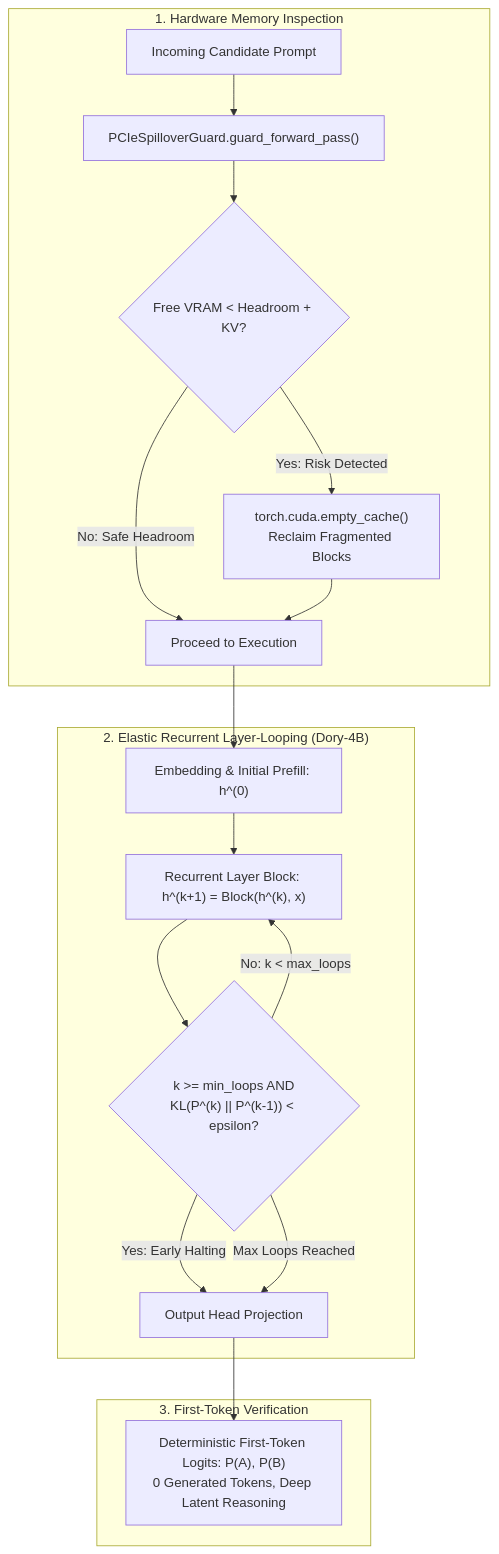
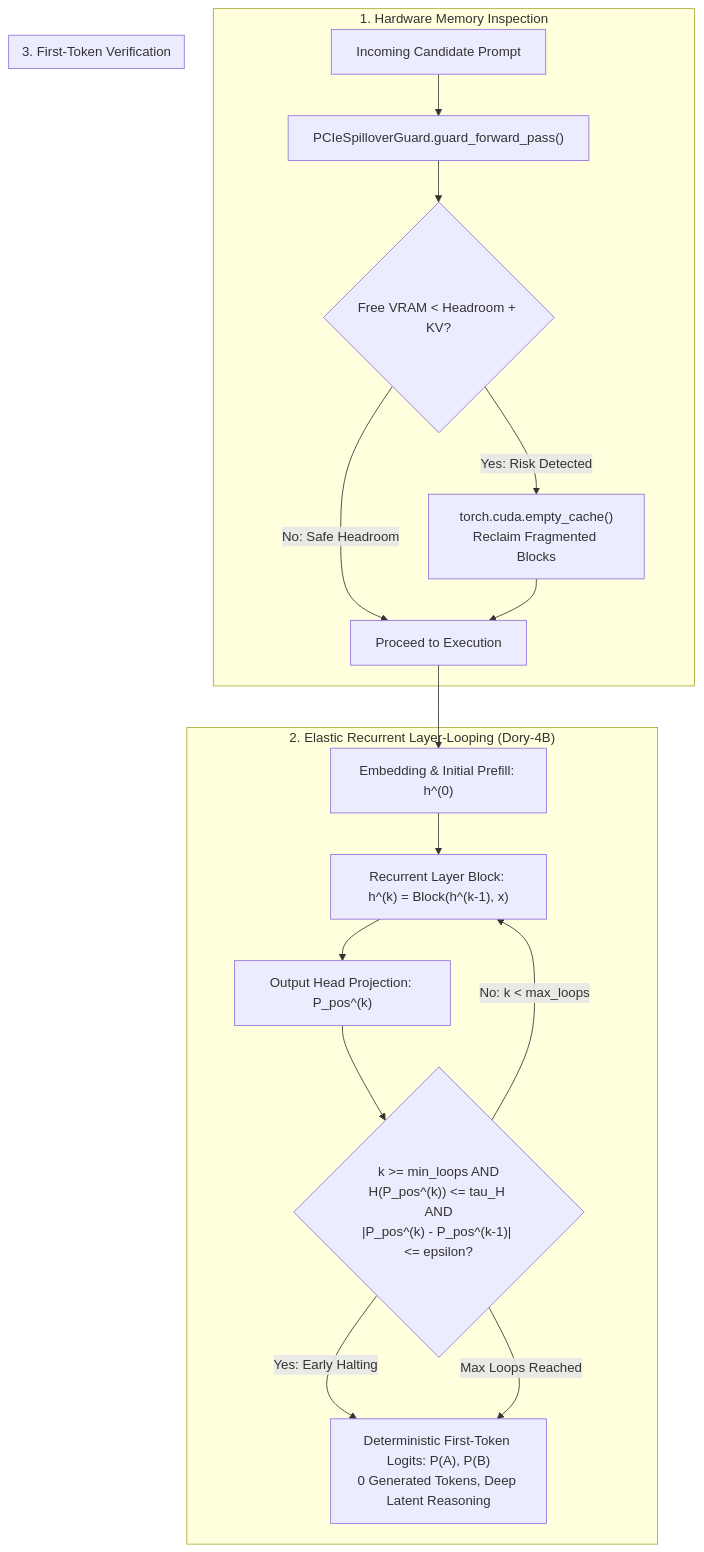
One commit to jasonbdly/LogitGate changed the diagram in docs/advanced/recurrent_and_hardware.md. Above: the diagram before and after it, drawn with Mermaid. The commit also changed other lines of this file and 24 other files, not shown here.

````diff
--- a/docs/advanced/recurrent_and_hardware.md
+++ b/docs/advanced/recurrent_and_hardware.md
@@ -37,23 +37,24 @@
 ```mermaid
 flowchart TD
     subgraph GUARD["1. Hardware Memory Inspection"]
         REQ["Incoming Candidate Prompt"] --> PG["PCIeSpilloverGuard.guard_forward_pass()"]
         PG --> CHK{"Free VRAM < Headroom + KV?"}
-        CHK -->|"Yes: Risk Detected"| EC["torch.cuda.empty_cache()\nReclaim Fragmented Blocks"]
+        CHK -->|"Yes: Risk Detected"| EC["torch.cuda.empty_cache()<br/>Reclaim Fragmented Blocks"]
         CHK -->|"No: Safe Headroom"| RUN["Proceed to Execution"]
         EC --> RUN
     end
 
     subgraph RECURRENT["2. Elastic Recurrent Layer-Looping (Dory-4B)"]
         RUN --> EMB["Embedding & Initial Prefill: h^(0)"]
-        EMB --> LOOP["Recurrent Layer Block: h^(k+1) = Block(h^(k), x)"]
-        LOOP --> KL{"k >= min_loops AND\nKL(P^(k) || P^(k-1)) < epsilon?"}
-        KL -->|"Yes: Early Halting"| PROJ["Output Head Projection"]
-        KL -->|"No: k < max_loops"| LOOP
-        KL -->|"Max Loops Reached"| PROJ
+        EMB --> LOOP["Recurrent Layer Block: h^(k) = Block(h^(k-1), x)"]
+        LOOP --> PROJ["Output Head Projection: P_pos^(k)"]
+        PROJ --> HALT{"k >= min_loops AND<br/>H(P_pos^(k)) <= tau_H AND<br/>|P_pos^(k) - P_pos^(k-1)| <= epsilon?"}
+        HALT -->|"No: k < max_loops"| LOOP
+        HALT -->|"Yes: Early Halting"| LOG
+        HALT -->|"Max Loops Reached"| LOG
     end
 
     subgraph OUT["3. First-Token Verification"]
-        PROJ --> LOG["Deterministic First-Token Logits: P(A), P(B)\n0 Generated Tokens, Deep Latent Reasoning"]
+        LOG["Deterministic First-Token Logits: P(A), P(B)<br/>0 Generated Tokens, Deep Latent Reasoning"]
     end
 ```
````
